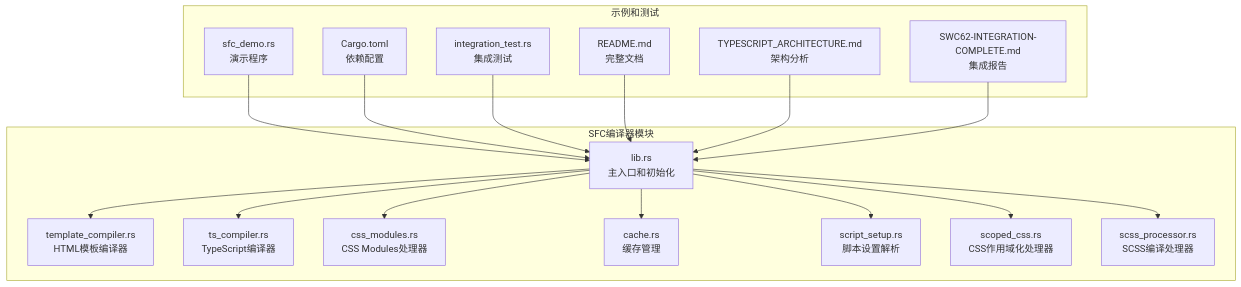
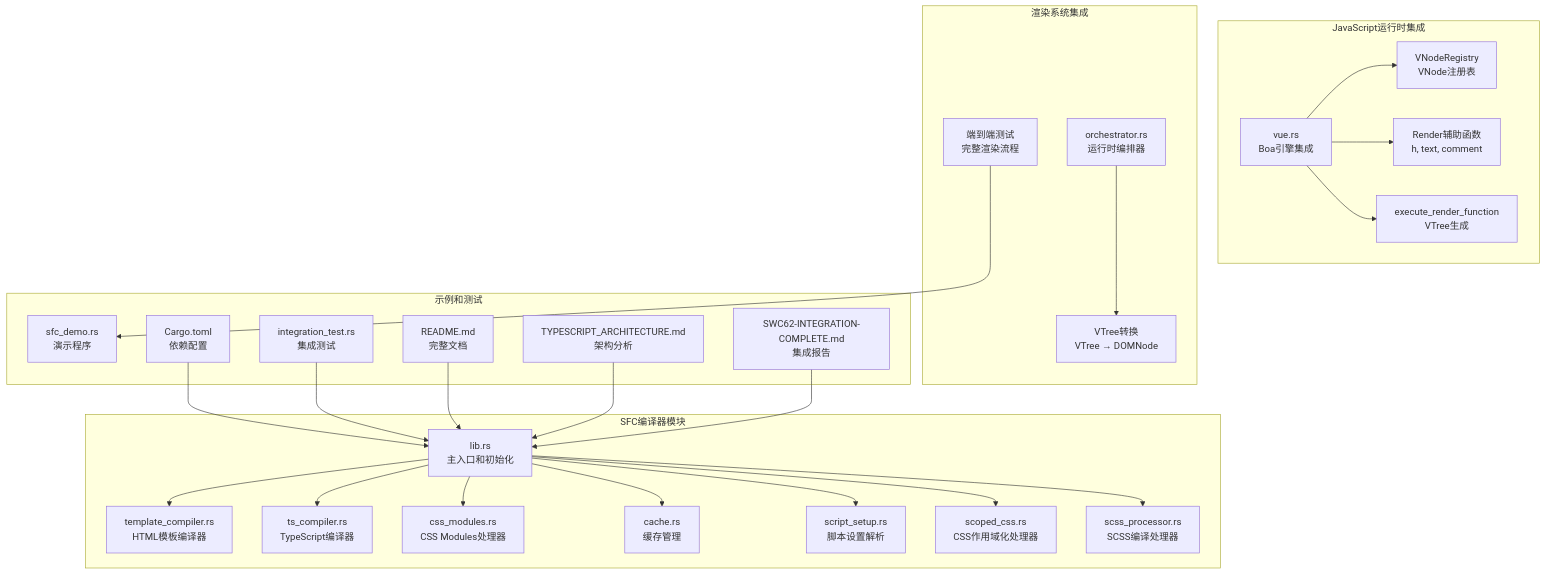
One commit to itszzl-sudo/iris changed the first of 35 diagrams in .qoder/repowiki/zh/content/技术架构详解/即时转译系统/SFC编译器初始化机制/SFC编译器初始化机制.md. Above: the diagram before and after it, drawn with Mermaid. The commit also changed other lines of this file and 9 other files, not shown here.

````diff
--- a/.qoder/repowiki/zh/content/技术架构详解/即时转译系统/SFC编译器初始化机制/SFC编译器初始化机制.md
+++ b/.qoder/repowiki/zh/content/技术架构详解/即时转译系统/SFC编译器初始化机制/SFC编译器初始化机制.md
@@ -61,34 +70,49 @@
 ```mermaid
 graph TB
 subgraph "SFC编译器模块"
 A[lib.rs<br/>主入口和初始化]
 B[template_compiler.rs<br/>HTML模板编译器]
 C[ts_compiler.rs<br/>TypeScript编译器]
 D[css_modules.rs<br/>CSS Modules处理器]
 E[cache.rs<br/>缓存管理]
 F[script_setup.rs<br/>脚本设置解析]
 G[scoped_css.rs<br/>CSS作用域化处理器]
 H[scss_processor.rs<br/>SCSS编译处理器]
 end
+subgraph "JavaScript运行时集成"
+I[vue.rs<br/>Boa引擎集成]
+J[VNodeRegistry<br/>VNode注册表]
+K[Render辅助函数<br/>h, text, comment]
+L[execute_render_function<br/>VTree生成]
+end
+subgraph "渲染系统集成"
+M[orchestrator.rs<br/>运行时编排器]
+N[VTree转换<br/>VTree → DOMNode]
+O[端到端测试<br/>完整渲染流程]
+end
 subgraph "示例和测试"
-I[sfc_demo.rs<br/>演示程序]
-J[Cargo.toml<br/>依赖配置]
-K[integration_test.rs<br/>集成测试]
-L[README.md<br/>完整文档]
-M[TYPESCRIPT_ARCHITECTURE.md<br/>架构分析]
-N[SWC62-INTEGRATION-COMPLETE.md<br/>集成报告]
+P[sfc_demo.rs<br/>演示程序]
+Q[Cargo.toml<br/>依赖配置]
+R[integration_test.rs<br/>集成测试]
+S[README.md<br/>完整文档]
+T[TYPESCRIPT_ARCHITECTURE.md<br/>架构分析]
+U[SWC62-INTEGRATION-COMPLETE.md<br/>集成报告]
 end
 A --> B
 A --> C
 A --> D
 A --> E
 A --> F
 A --> G
 A --> H
-I --> A
-J --> A
-K --> A
-L --> A
-M --> A
-N --> A
+I --> J
+I --> K
+I --> L
+M --> N
+O --> P
+Q --> A
+R --> A
+S --> A
+T --> A
+U --> A
 ```
````
